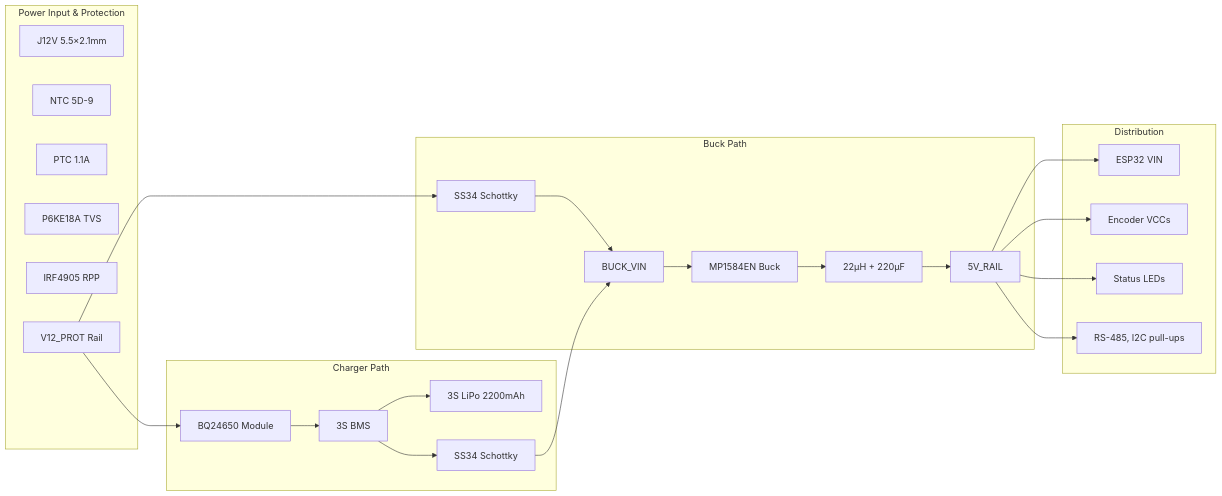
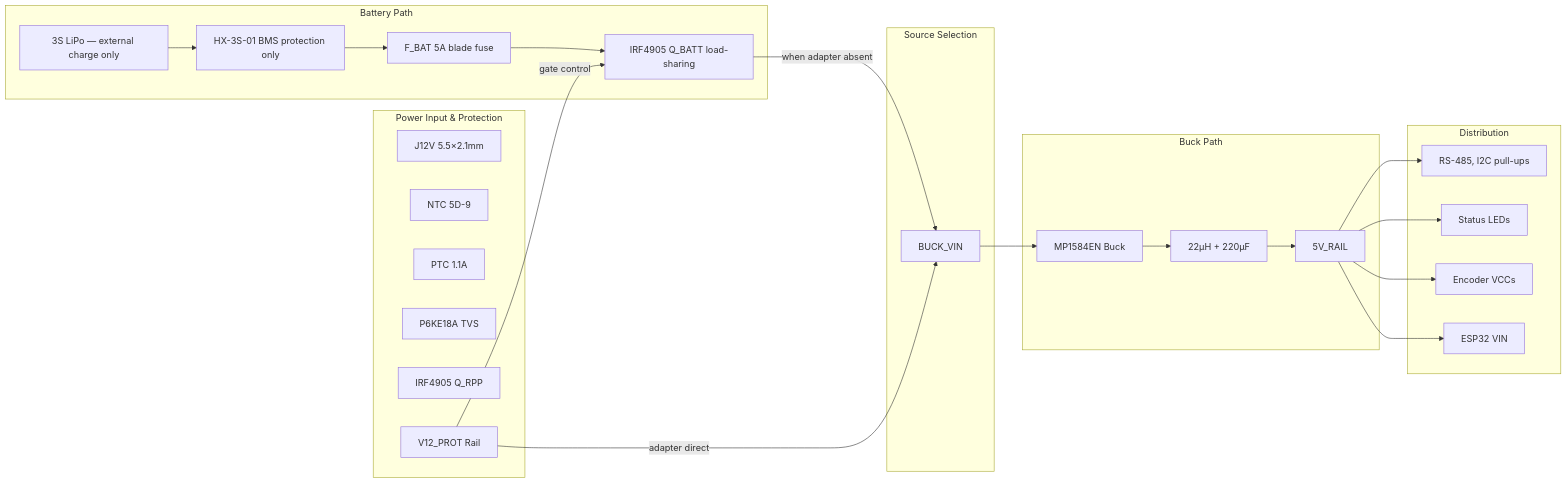
One commit to yunusdanabas/evka_position changed the diagram in docs/hardware_design/v2/subsystems/power_supply_v2.md. Above: the diagram before and after it, drawn with Mermaid. The commit also changed other lines of this file and 5 other files, not shown here.

First line of the commit message:
V2 power subsystem redesign: remove BQ24650, add Q_BATT active load-sharing

````diff
--- a/docs/hardware_design/v2/subsystems/power_supply_v2.md
+++ b/docs/hardware_design/v2/subsystems/power_supply_v2.md
@@ -11,34 +11,38 @@
 ```mermaid
 graph LR
     subgraph "Power Input & Protection"
         J12V[J12V 5.5×2.1mm]
         NTC[NTC 5D-9]
         F1[PTC 1.1A]
         TVS[P6KE18A TVS]
-        Q1[IRF4905 RPP]
+        Q_RPP[IRF4905 Q_RPP]
         V12_PROT[V12_PROT Rail]
     end
     
-    subgraph "Charger Path"
-        V12_PROT --> BQ24650[BQ24650 Module]
-        BQ24650 --> BMS[3S BMS]
-        BMS --> BAT[3S LiPo 2200mAh]
-        BMS --> D_BAT[SS34 Schottky]
+    subgraph "Battery Path"
+        BAT[3S LiPo — external charge only]
+        BMS[HX-3S-01 BMS protection only]
+        BAT --> BMS
+        BMS --> F_BAT[F_BAT 5A blade fuse]
+        F_BAT --> Q_BATT[IRF4905 Q_BATT load-sharing]
+    end
+    
+    subgraph "Source Selection"
+        V12_PROT --> |adapter direct| BUCK_VIN[BUCK_VIN]
+        V12_PROT --> |gate control| Q_BATT
+        Q_BATT --> |when adapter absent| BUCK_VIN
     end
     
     subgraph "Buck Path"
-        V12_PROT --> D_EXT[SS34 Schottky]
-        D_EXT --> BUCK_VIN[BUCK_VIN]
-        D_BAT --> BUCK_VIN
         BUCK_VIN --> MP1584EN[MP1584EN Buck]
         MP1584EN --> LC[22µH + 220µF]
         LC --> 5V_RAIL[5V_RAIL]
     end
     
     subgraph "Distribution"
         5V_RAIL --> ESP32[ESP32 VIN]
         5V_RAIL --> ENC[Encoder VCCs]
         5V_RAIL --> LED[Status LEDs]
         5V_RAIL --> AUX[RS-485, I2C pull-ups]
     end
 ```
````
